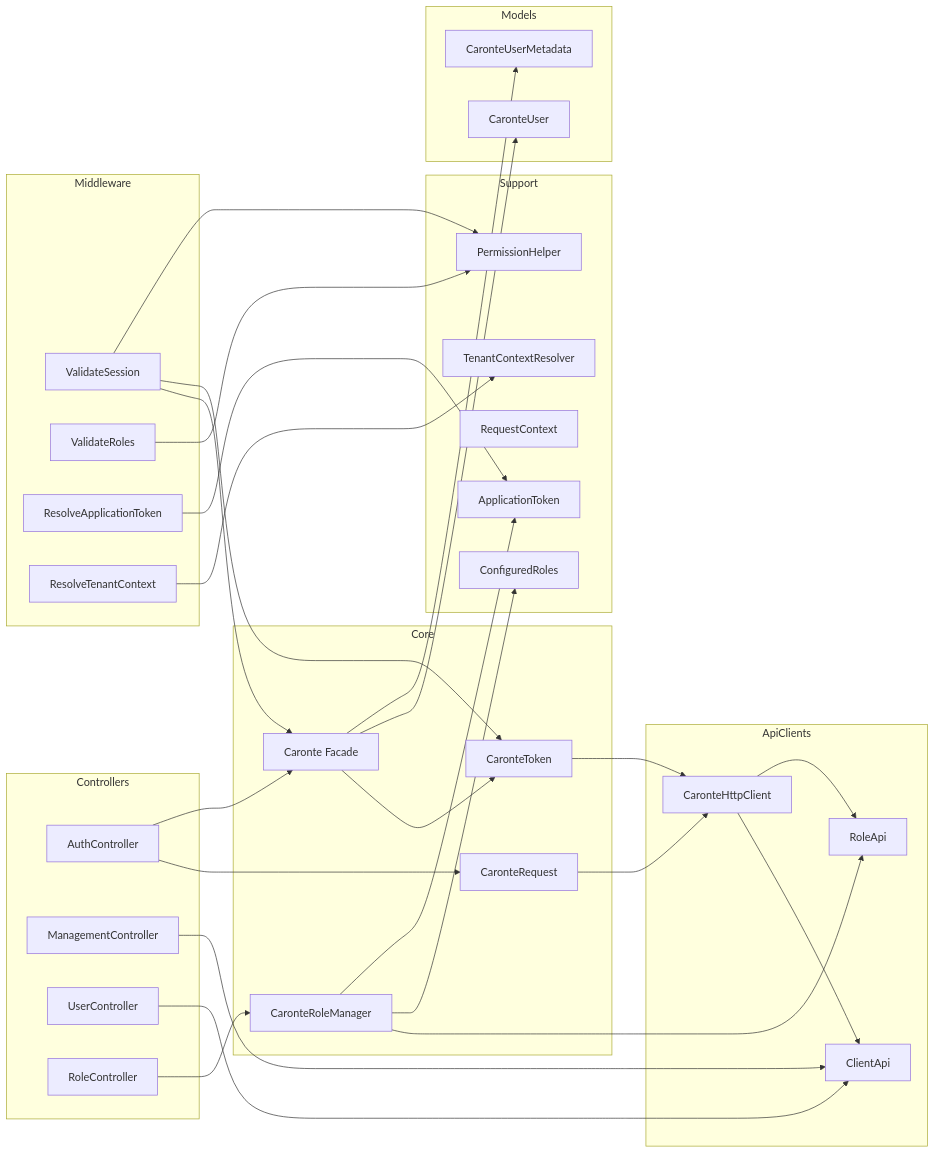
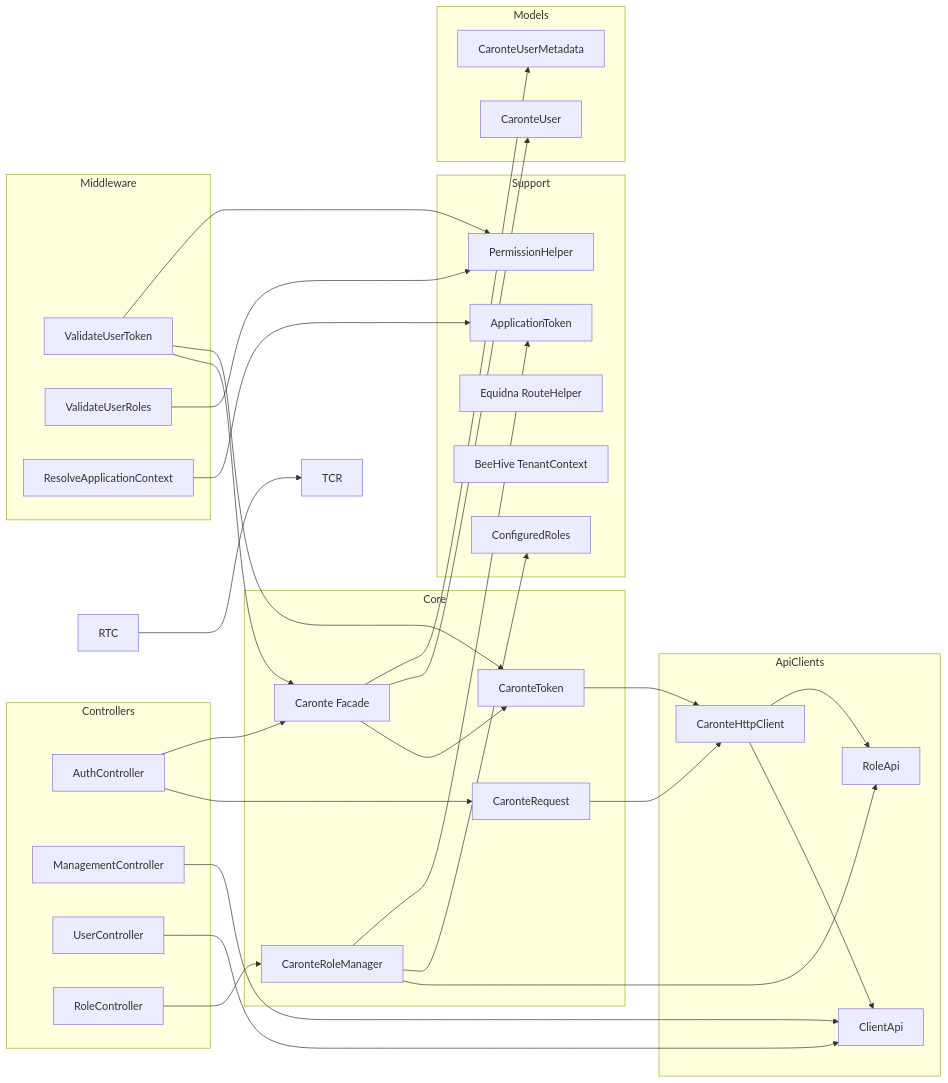
Before and after one commit to Ometra-Nyx/mx.ometra.caronte-client: the third of 5 diagrams in doc/architecture-diagrams.md, drawn with Mermaid. The commit also changed other lines of this file and 65 other files, not shown here.

````diff
--- a/doc/architecture-diagrams.md
+++ b/doc/architecture-diagrams.md
@@ -56,69 +56,68 @@
 ```mermaid
 flowchart LR
     subgraph Middleware
-        VS[ValidateSession]
-        VR[ValidateRoles]
-        RAT[ResolveApplicationToken]
-        RTC[ResolveTenantContext]
+        VS[ValidateUserToken]
+        VR[ValidateUserRoles]
+        RAT[ResolveApplicationContext]
     end
 
     subgraph Controllers
         Auth[AuthController]
         Mgmt[ManagementController]
         User[UserController]
         Role[RoleController]
     end
 
     subgraph Core
         Facade[Caronte Facade]
         Token[CaronteToken]
         Req[CaronteRequest]
         RM[CaronteRoleManager]
     end
 
     subgraph ApiClients
         HTTP[CaronteHttpClient]
         ClientApi[ClientApi]
         RoleApi[RoleApi]
     end
 
     subgraph Support
         AppToken[ApplicationToken]
         ConfigRoles[ConfiguredRoles]
-        ReqCtx[RequestContext]
-        TCR[TenantContextResolver]
+        RouteHelper[Equidna RouteHelper]
+        TenantContext[BeeHive TenantContext]
         PH[PermissionHelper]
     end
 
     subgraph Models
         CUser[CaronteUser]
         CMeta[CaronteUserMetadata]
     end
 
     VS --> Facade
     VS --> Token
     VS --> PH
     VR --> PH
     RAT --> AppToken
     RTC --> TCR
 
     Auth --> Req
     Auth --> Facade
     Mgmt --> ClientApi
     User --> ClientApi
     Role --> RM
 
     Facade --> Token
     Req --> HTTP
     RM --> RoleApi
     RM --> ConfigRoles
     RM --> AppToken
 
     HTTP --> ClientApi
     HTTP --> RoleApi
 
     Token --> HTTP
 
     Facade --> CUser
     Facade --> CMeta
 ```
````
